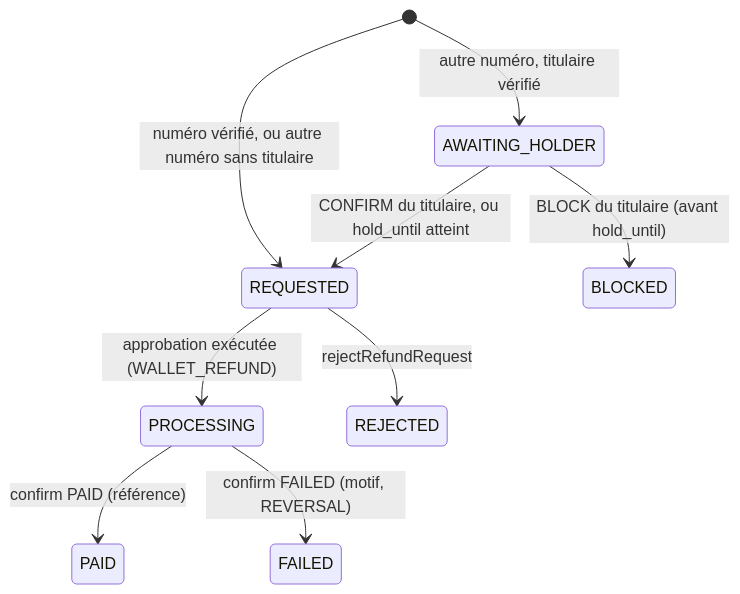
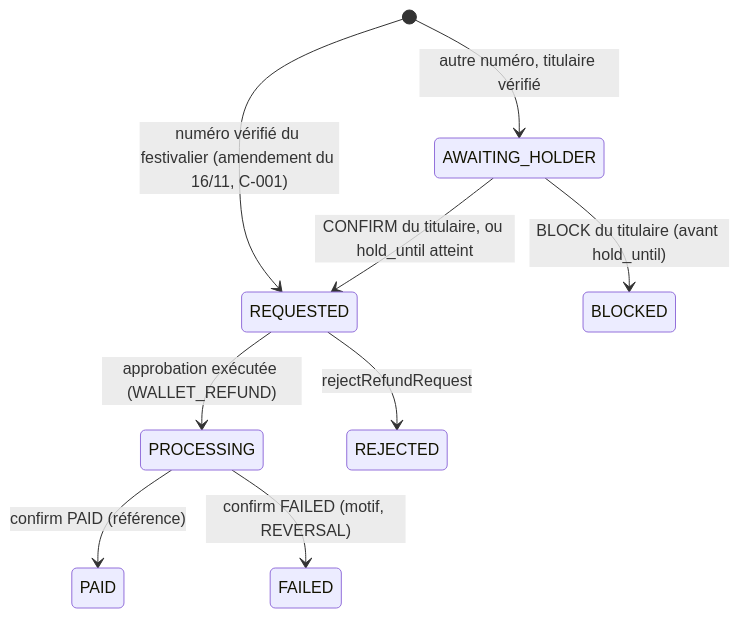
One commit to atrona8/cashless-platform changed the diagram in kitty-specs/remboursements-01M7AG5V/data-model.md. Above: the diagram before and after it, drawn with Mermaid.

Commit message:
docs(mission-9a): data-model aligné sur l'amendement de FR-012 (constat S3 de l'analyse)

````diff
--- a/kitty-specs/remboursements-01M7AG5V/data-model.md
+++ b/kitty-specs/remboursements-01M7AG5V/data-model.md
@@ -48,11 +48,11 @@
 ```mermaid
 stateDiagram-v2
   [*] --> AWAITING_HOLDER: autre numéro, titulaire vérifié
-  [*] --> REQUESTED: numéro vérifié, ou autre numéro sans titulaire
+  [*] --> REQUESTED: numéro vérifié du festivalier (amendement du 16/11, C-001)
   AWAITING_HOLDER --> REQUESTED: CONFIRM du titulaire, ou hold_until atteint
   AWAITING_HOLDER --> BLOCKED: BLOCK du titulaire (avant hold_until)
   REQUESTED --> PROCESSING: approbation exécutée (WALLET_REFUND)
   REQUESTED --> REJECTED: rejectRefundRequest
   PROCESSING --> PAID: confirm PAID (référence)
   PROCESSING --> FAILED: confirm FAILED (motif, REVERSAL)
 ```
````
